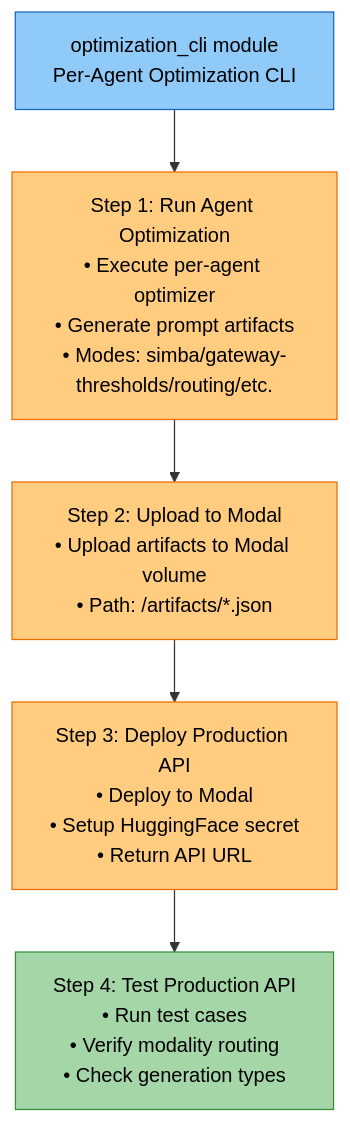
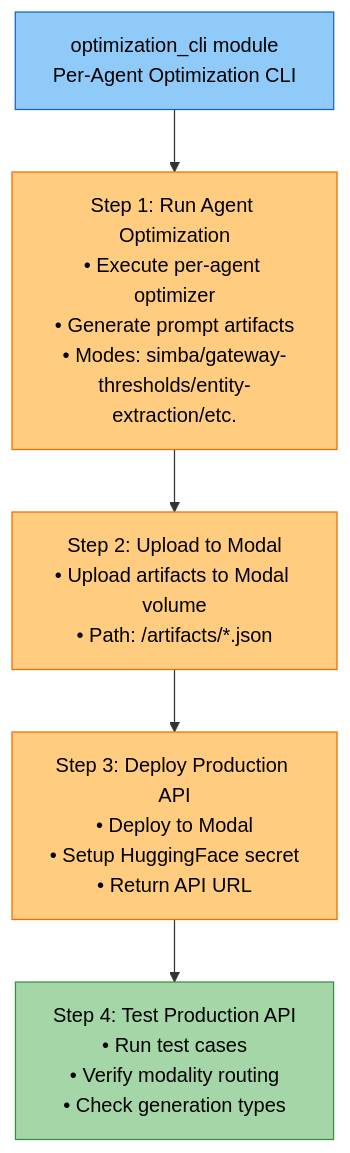
The second of 4 diagrams in docs/development/scripts-operations.md (amit-jain/cogniverse), drawn with Mermaid before and after one commit. The commit also changed other lines of this file and 107 other files, not shown here.

````diff
--- a/docs/development/scripts-operations.md
+++ b/docs/development/scripts-operations.md
@@ -153,23 +153,23 @@
 ```mermaid
 flowchart TB
     Start["<span style='color:#000'>optimization_cli module<br/>Per-Agent Optimization CLI</span>"]
 
-    Step1["<span style='color:#000'>Step 1: Run Agent Optimization<br/>• Execute per-agent optimizer<br/>• Generate prompt artifacts<br/>• Modes: simba/gateway-thresholds/routing/etc.</span>"]
+    Step1["<span style='color:#000'>Step 1: Run Agent Optimization<br/>• Execute per-agent optimizer<br/>• Generate prompt artifacts<br/>• Modes: simba/gateway-thresholds/entity-extraction/etc.</span>"]
 
     Step2["<span style='color:#000'>Step 2: Upload to Modal<br/>• Upload artifacts to Modal volume<br/>• Path: /artifacts/*.json</span>"]
 
     Step3["<span style='color:#000'>Step 3: Deploy Production API<br/>• Deploy to Modal<br/>• Setup HuggingFace secret<br/>• Return API URL</span>"]
 
     Step4["<span style='color:#000'>Step 4: Test Production API<br/>• Run test cases<br/>• Verify modality routing<br/>• Check generation types</span>"]
 
     Start --> Step1
     Step1 --> Step2
     Step2 --> Step3
     Step3 --> Step4
 
     style Start fill:#90caf9,stroke:#1565c0,color:#000
     style Step1 fill:#ffcc80,stroke:#ef6c00,color:#000
     style Step2 fill:#ffcc80,stroke:#ef6c00,color:#000
     style Step3 fill:#ffcc80,stroke:#ef6c00,color:#000
     style Step4 fill:#a5d6a7,stroke:#388e3c,color:#000
 ```
````
